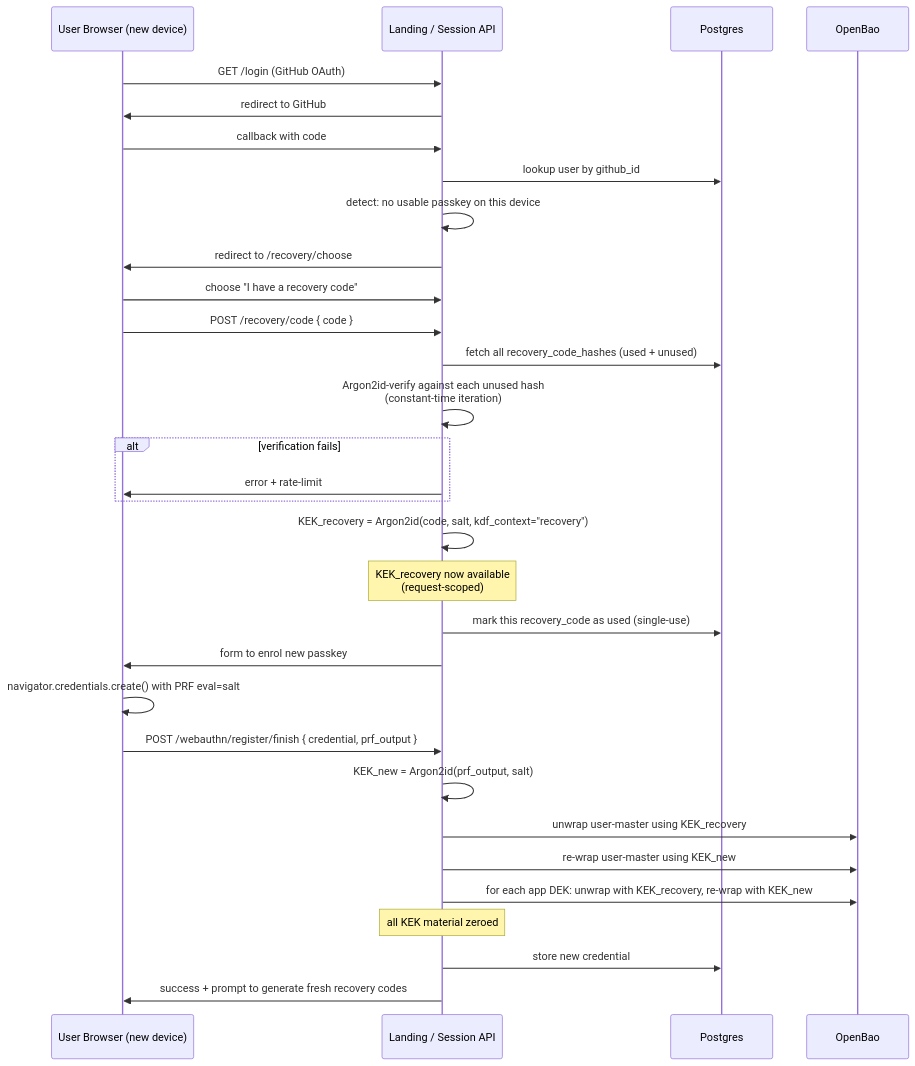
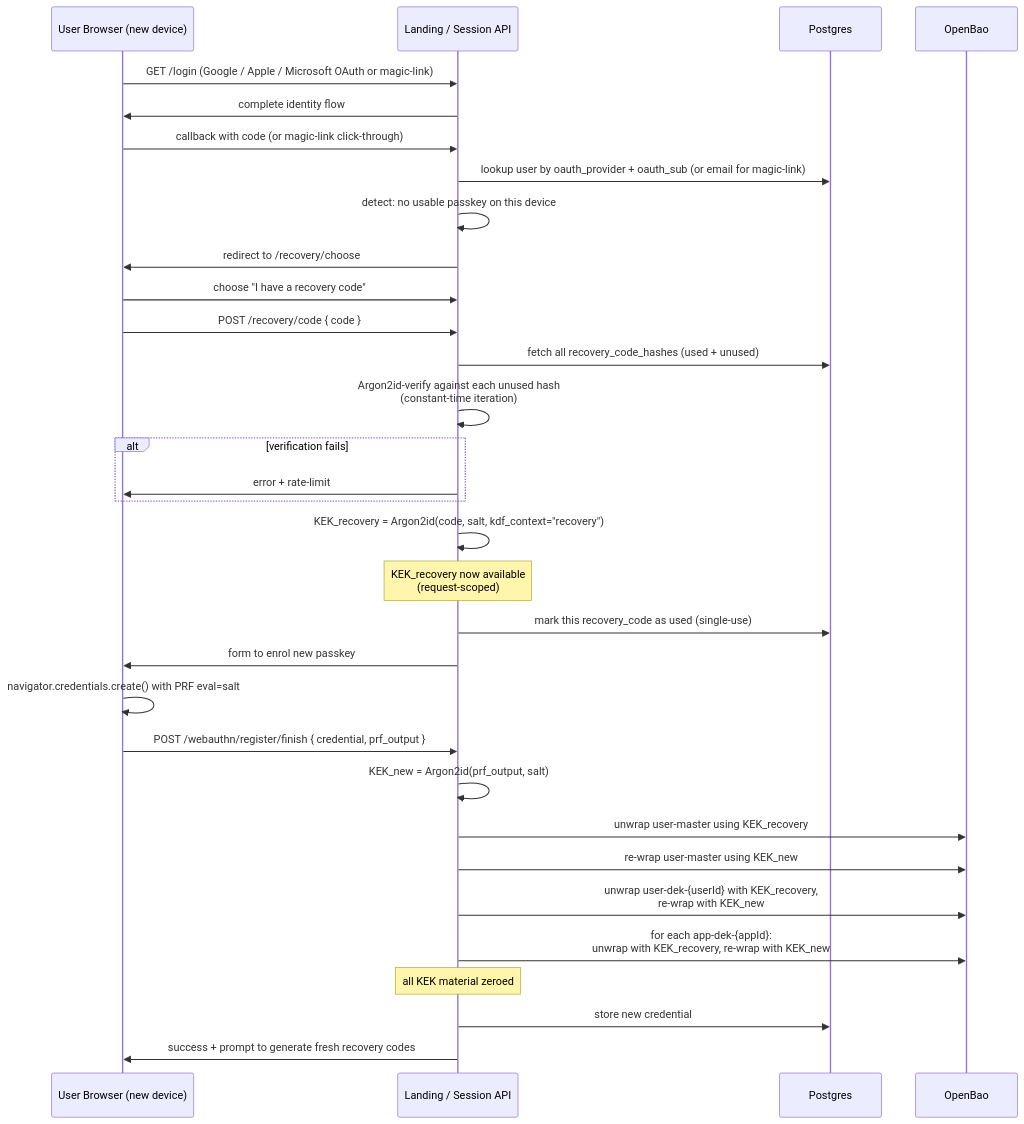
Before and after one commit to drigofonte/openvoid: the fourth of 4 diagrams in docs/architecture/secrets-sequence-diagrams.md, drawn with Mermaid. The commit also changed other lines of this file and 2 other files, not shown here.

First line of the commit message:
docs(architecture,plans): two-scope secrets + two-phase staging, v1 auth plan

````diff
--- a/docs/architecture/secrets-sequence-diagrams.md
+++ b/docs/architecture/secrets-sequence-diagrams.md
@@ -166,40 +206,41 @@
 ```mermaid
 sequenceDiagram
     participant U as User Browser (new device)
     participant L as Landing / Session API
     participant DB as Postgres
     participant V as OpenBao
 
-    U->>L: GET /login (GitHub OAuth)
-    L->>U: redirect to GitHub
-    U->>L: callback with code
-    L->>DB: lookup user by github_id
+    U->>L: GET /login (Google / Apple / Microsoft OAuth or magic-link)
+    L->>U: complete identity flow
+    U->>L: callback with code (or magic-link click-through)
+    L->>DB: lookup user by oauth_provider + oauth_sub (or email for magic-link)
     L->>L: detect: no usable passkey on this device
     L->>U: redirect to /recovery/choose
 
     U->>L: choose "I have a recovery code"
     U->>L: POST /recovery/code { code }
     L->>DB: fetch all recovery_code_hashes (used + unused)
     L->>L: Argon2id-verify against each unused hash<br/>(constant-time iteration)
 
     alt verification fails
         L->>U: error + rate-limit
     end
 
     L->>L: KEK_recovery = Argon2id(code, salt, kdf_context="recovery")
     Note over L: KEK_recovery now available<br/>(request-scoped)
     L->>DB: mark this recovery_code as used (single-use)
 
     L->>U: form to enrol new passkey
     U->>U: navigator.credentials.create() with PRF eval=salt
     U->>L: POST /webauthn/register/finish { credential, prf_output }
 
     L->>L: KEK_new = Argon2id(prf_output, salt)
     L->>V: unwrap user-master using KEK_recovery
     L->>V: re-wrap user-master using KEK_new
-    L->>V: for each app DEK: unwrap with KEK_recovery, re-wrap with KEK_new
+    L->>V: unwrap user-dek-{userId} with KEK_recovery,<br/>re-wrap with KEK_new
+    L->>V: for each app-dek-{appId}:<br/>unwrap with KEK_recovery, re-wrap with KEK_new
     Note over L: all KEK material zeroed
     L->>DB: store new credential
 
     L->>U: success + prompt to generate fresh recovery codes
 ```
````
